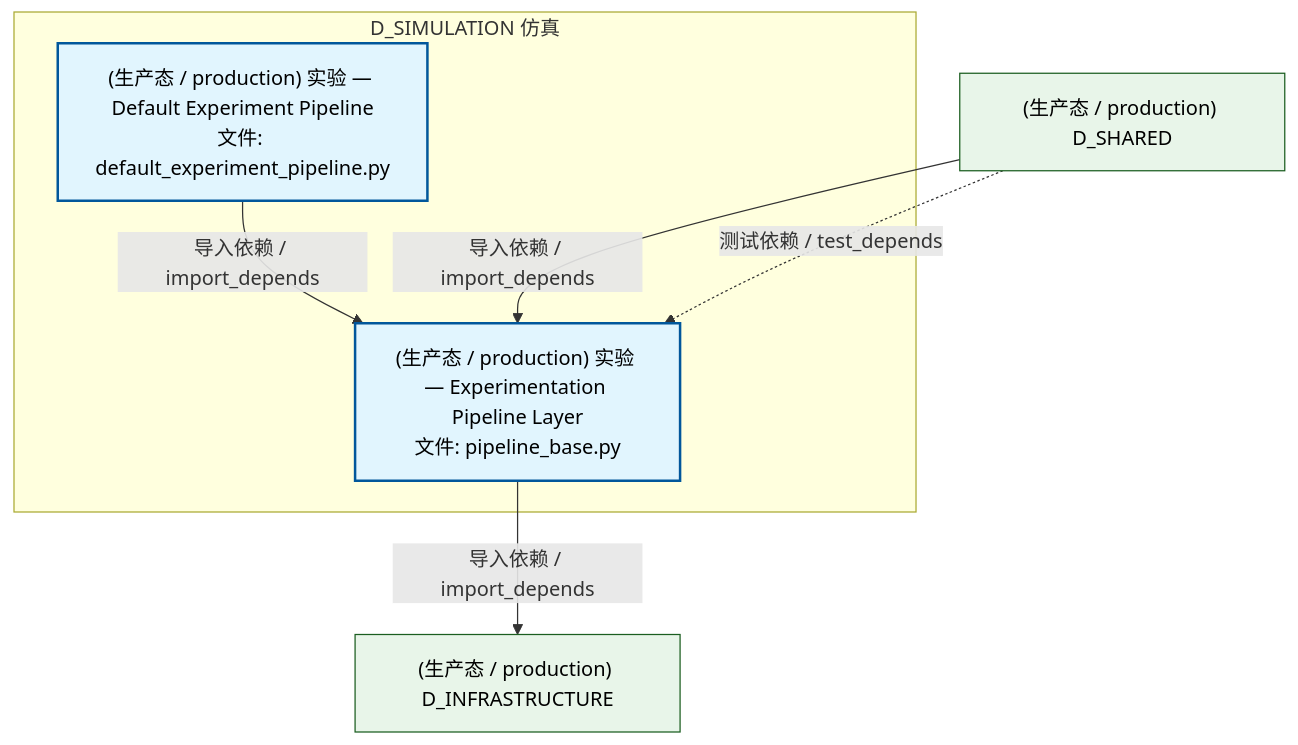
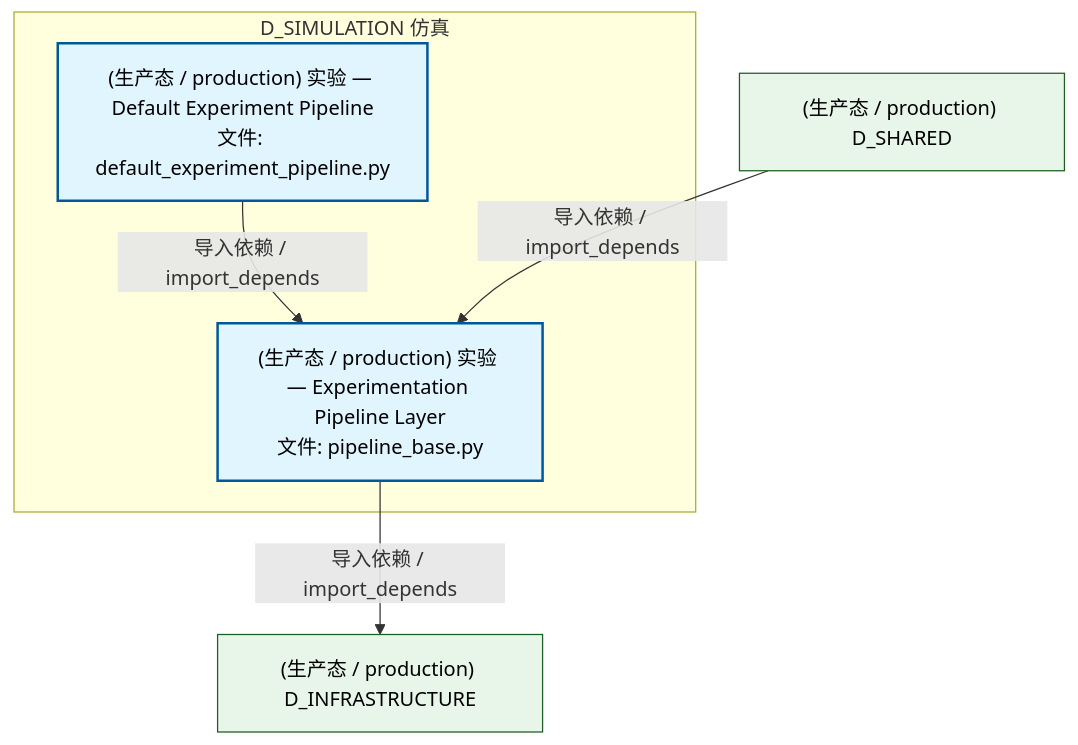
The second of 4 diagrams in docs/02_enterprise_architecture/02_domain_architecture_docs/57_d_simulation.md (xuanFelixVan/ZephyrAlpha), drawn with Mermaid before and after one commit. The commit also changed other lines of this file and 126 other files, not shown here.

````diff
--- a/docs/02_enterprise_architecture/02_domain_architecture_docs/57_d_simulation.md
+++ b/docs/02_enterprise_architecture/02_domain_architecture_docs/57_d_simulation.md
@@ -112,19 +95,18 @@
 ```mermaid
 graph TD
     subgraph D_SIMULATION["D_SIMULATION 仿真"]
         src_zephyr_simulation_implementations_default_experiment_pipeline_py["(生产态 / production) 实验 — Default Experiment Pipeline<br/>文件: default_experiment_pipeline.py"]
         src_zephyr_simulation_pipeline_base_py["(生产态 / production) 实验 — Experimentation Pipeline Layer<br/>文件: pipeline_base.py"]
     end
     src_zephyr_simulation_implementations_default_experiment_pipeline_py -->|导入依赖 / import_depends| src_zephyr_simulation_pipeline_base_py
     D_INFRASTRUCTURE["(生产态 / production) D_INFRASTRUCTURE"]
     src_zephyr_simulation_pipeline_base_py -->|导入依赖 / import_depends| D_INFRASTRUCTURE
     D_SHARED["(生产态 / production) D_SHARED"]
     D_SHARED -->|导入依赖 / import_depends| src_zephyr_simulation_pipeline_base_py
-    D_SHARED -.->|测试依赖 / test_depends| src_zephyr_simulation_pipeline_base_py
     classDef production fill:#e1f5fe,stroke:#01579b,stroke-width:2px,color:#000
     classDef design fill:#fff3e0,stroke:#e65100,stroke-width:2px,color:#000,stroke-dasharray: 5 5
     classDef external_prod fill:#e8f5e9,stroke:#1b5e20,stroke-width:1px,color:#000
     classDef external_design fill:#fce4ec,stroke:#880e4f,stroke-width:1px,color:#000,stroke-dasharray: 5 5
     class src_zephyr_simulation_implementations_default_experiment_pipeline_py,src_zephyr_simulation_pipeline_base_py production
     class D_INFRASTRUCTURE,D_SHARED external_prod
 ```
````
